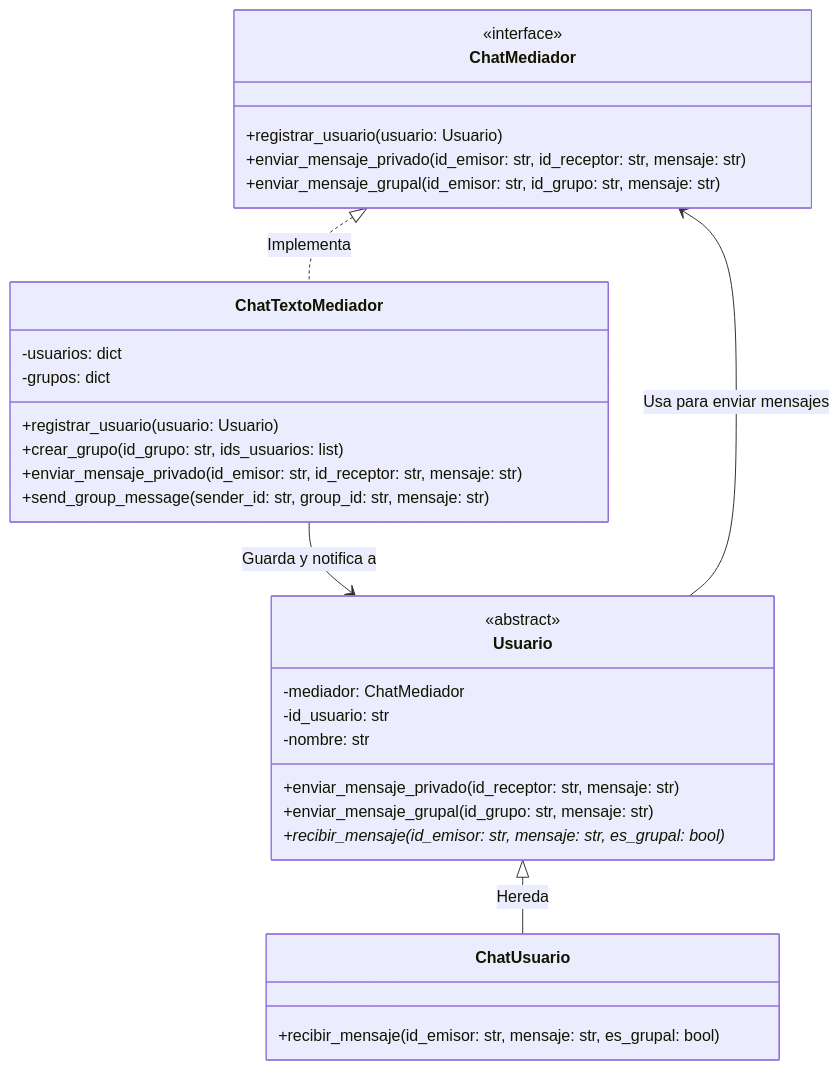
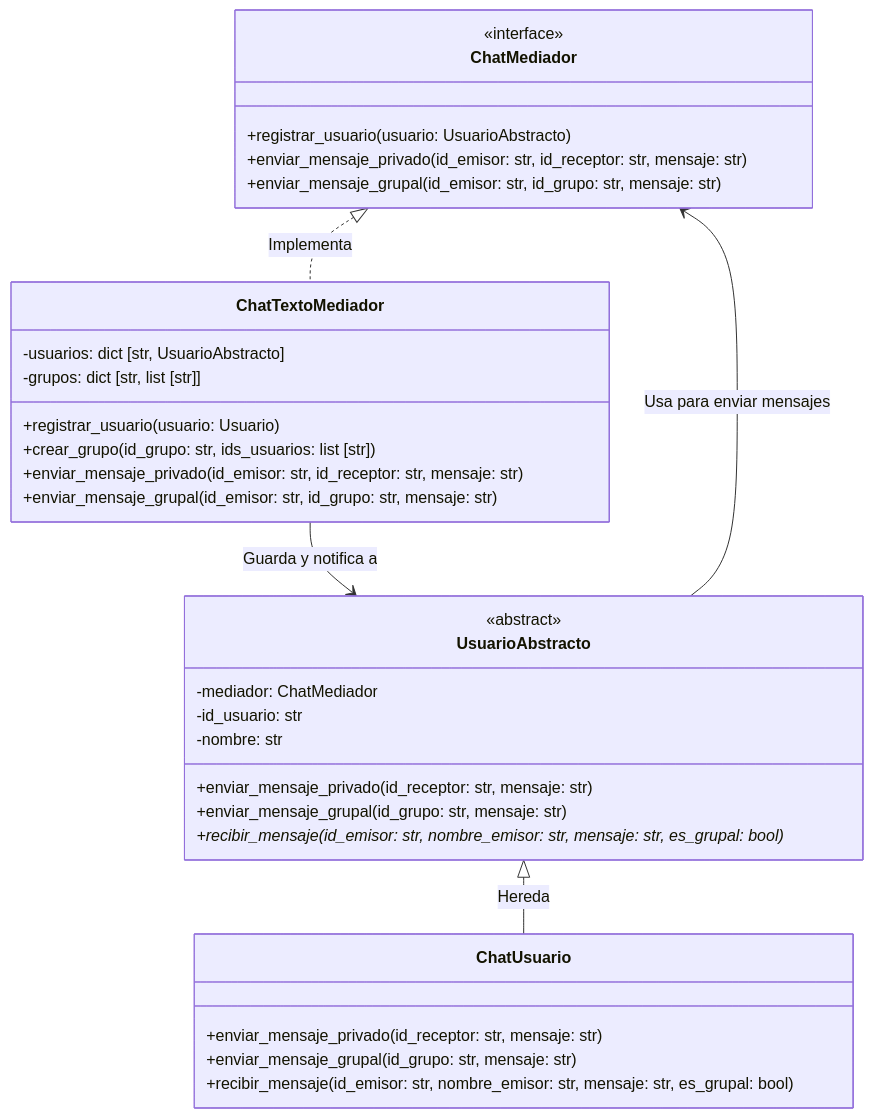
One commit to MAS26-grupo4/EFEFIC-ASW20263-Actividad1 changed the diagram in Escenario3-ChatGrupal/README.MD. Above: the diagram before and after it, drawn with Mermaid. The commit also changed 8 other files, not shown here.

Commit message:
Desarrollo del chat grupal

````diff
--- a/Escenario3-ChatGrupal/README.MD
+++ b/Escenario3-ChatGrupal/README.MD
@@ -114,38 +114,40 @@
 ```mermaid
 classDiagram
     class ChatMediador {
         <<interface>>
-        +registrar_usuario(usuario: Usuario)
+        +registrar_usuario(usuario: UsuarioAbstracto)
         +enviar_mensaje_privado(id_emisor: str, id_receptor: str, mensaje: str)
         +enviar_mensaje_grupal(id_emisor: str, id_grupo: str, mensaje: str)
     }
 
     class ChatTextoMediador {
-        -usuarios: dict
-        -grupos: dict
+        -usuarios: dict [str, UsuarioAbstracto]
+        -grupos: dict [str, list [str]]
         +registrar_usuario(usuario: Usuario)
-        +crear_grupo(id_grupo: str, ids_usuarios: list)
+        +crear_grupo(id_grupo: str, ids_usuarios: list [str])
         +enviar_mensaje_privado(id_emisor: str, id_receptor: str, mensaje: str)
-        +send_group_message(sender_id: str, group_id: str, mensaje: str)
+        +enviar_mensaje_grupal(id_emisor: str, id_grupo: str, mensaje: str)
     }
 
-    class Usuario {
+    class UsuarioAbstracto {
         <<abstract>>
         -mediador: ChatMediador
         -id_usuario: str
         -nombre: str
         +enviar_mensaje_privado(id_receptor: str, mensaje: str)
         +enviar_mensaje_grupal(id_grupo: str, mensaje: str)
-        +recibir_mensaje(id_emisor: str, mensaje: str, es_grupal: bool)*
+        +recibir_mensaje(id_emisor: str, nombre_emisor: str, mensaje: str, es_grupal: bool)*
     }
 
     class ChatUsuario {
-        +recibir_mensaje(id_emisor: str, mensaje: str, es_grupal: bool)
+        +enviar_mensaje_privado(id_receptor: str, mensaje: str)
+        +enviar_mensaje_grupal(id_grupo: str, mensaje: str)
+        +recibir_mensaje(id_emisor: str, nombre_emisor: str, mensaje: str, es_grupal: bool)
     }
 
     ChatMediador <|.. ChatTextoMediador : Implementa
-    Usuario <|-- ChatUsuario : Hereda
-    Usuario --> ChatMediador : Usa para enviar mensajes
-    ChatTextoMediador --> Usuario : Guarda y notifica a
+    UsuarioAbstracto <|-- ChatUsuario : Hereda
+    UsuarioAbstracto --> ChatMediador : Usa para enviar mensajes
+    ChatTextoMediador --> UsuarioAbstracto : Guarda y notifica a
     
 ```
````
